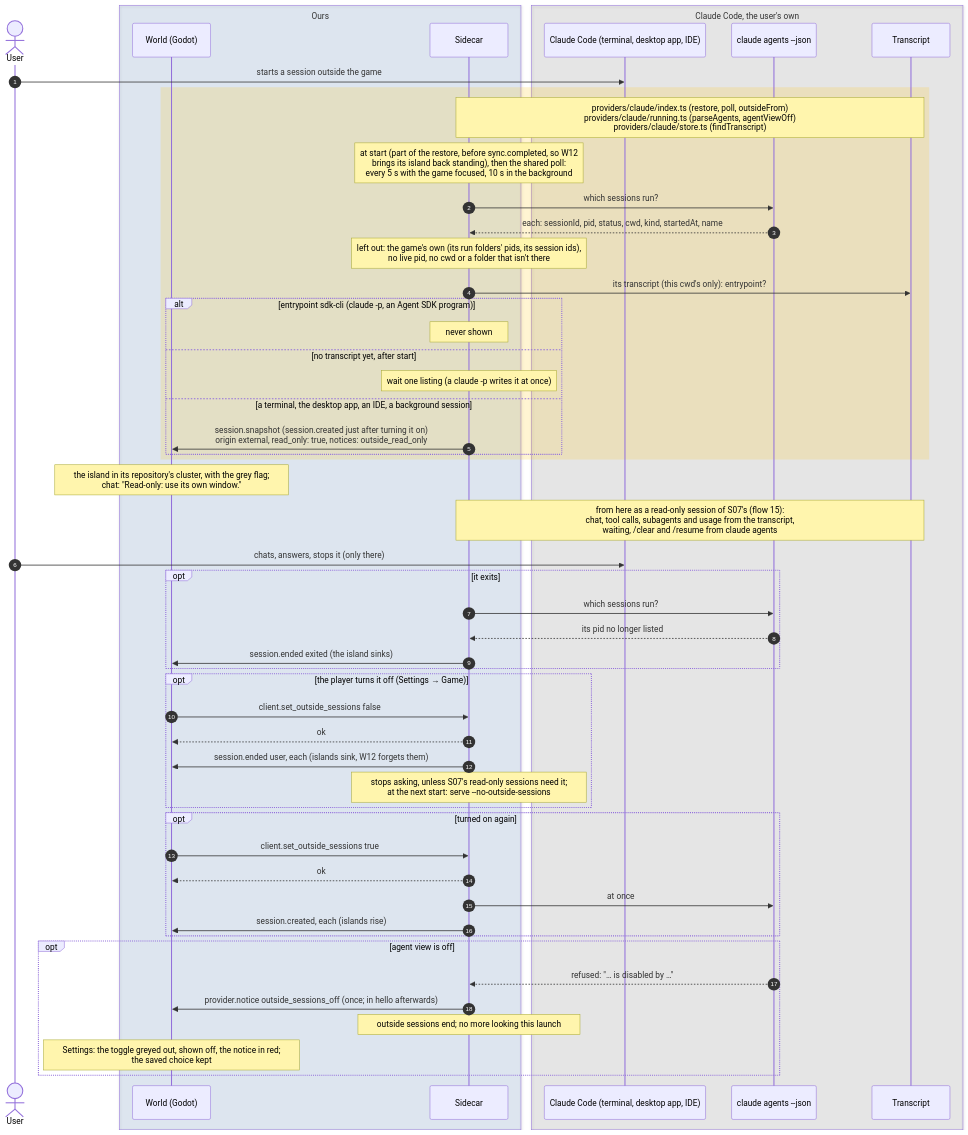
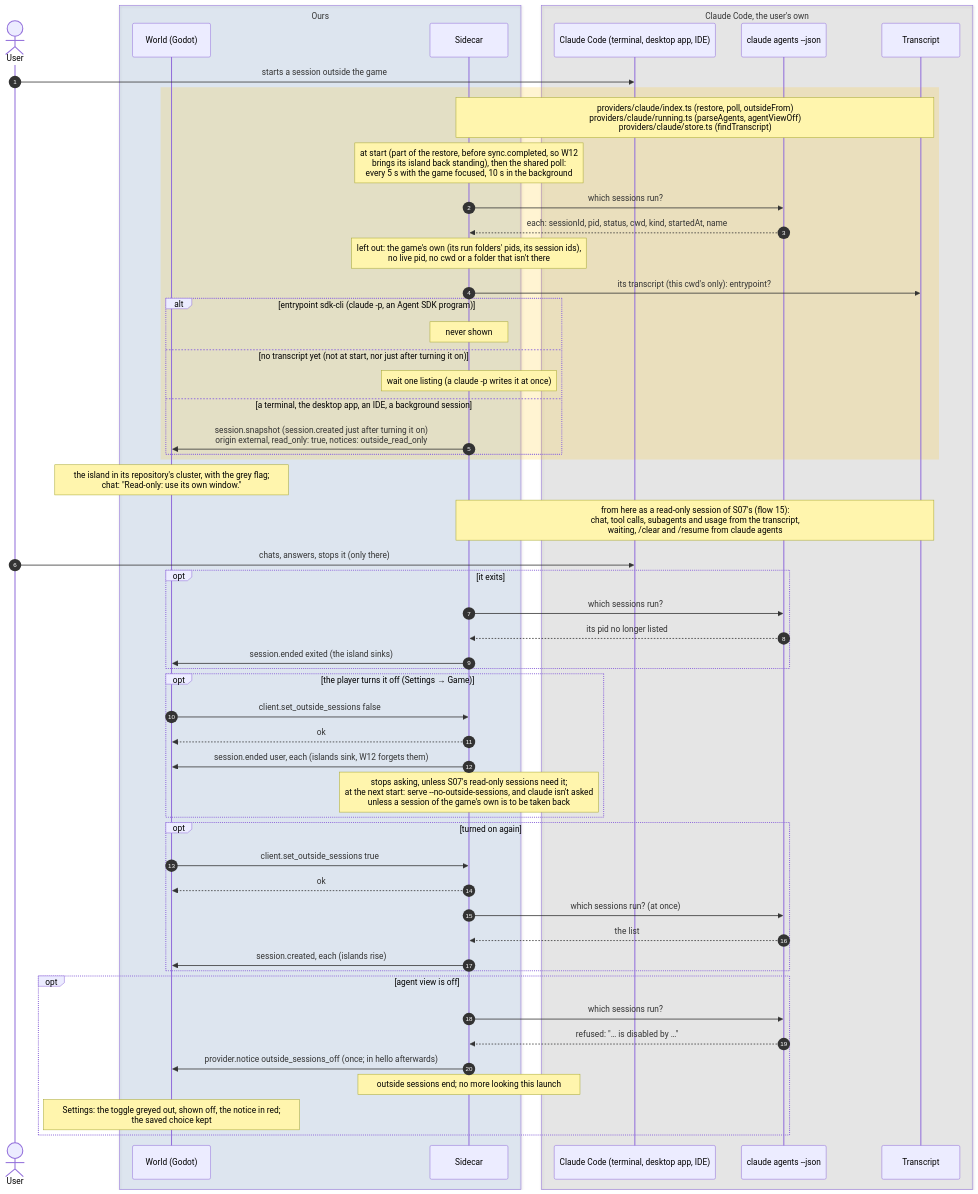
The diagram in docs/diagrams/sequence/16-outside-sessions.md (PaoloPortugal/The-Beach), drawn with Mermaid before and after one commit. The commit also changed 3 other files, not shown here.

Commit message:
Docs: S08 review fixes (claude not asked when off, quit warning, islands.json kept paths; S07 watch item, W10, W12, hello pointer, running.ts, flow 16 replies; dev log reviews)

````diff
--- a/docs/diagrams/sequence/16-outside-sessions.md
+++ b/docs/diagrams/sequence/16-outside-sessions.md
@@ -7,59 +7,61 @@
 ```mermaid
 sequenceDiagram
     autonumber
     actor User
 
     box rgba(47,111,191,0.12) Ours
         participant World as World (Godot)
         participant Sidecar
     end
 
     box rgba(128,128,128,0.14) Claude Code, the user's own
         participant Claude as Claude Code (terminal, desktop app, IDE)
         participant Agents as claude agents --json
         participant Log as Transcript
     end
 
     User->>Claude: starts a session outside the game
     rect rgba(255,193,7,0.18)
         Note over Sidecar,Log: providers/claude/index.ts (restore, poll, outsideFrom)<br/>providers/claude/running.ts (parseAgents, agentViewOff)<br/>providers/claude/store.ts (findTranscript)
         Note over Sidecar: at start (part of the restore, before sync.completed, so W12<br/>brings its island back standing), then the shared poll:<br/>every 5 s with the game focused, 10 s in the background
         Sidecar->>Agents: which sessions run?
         Agents-->>Sidecar: each: sessionId, pid, status, cwd, kind, startedAt, name
         Note over Sidecar: left out: the game's own (its run folders' pids, its session ids),<br/>no live pid, no cwd or a folder that isn't there
         Sidecar->>Log: its transcript (this cwd's only): entrypoint?
         alt entrypoint sdk-cli (claude -p, an Agent SDK program)
             Note over Sidecar: never shown
-        else no transcript yet, after start
+        else no transcript yet (not at start, nor just after turning it on)
             Note over Sidecar: wait one listing (a claude -p writes it at once)
         else a terminal, the desktop app, an IDE, a background session
             Sidecar->>World: session.snapshot (session.created just after turning it on)<br/>origin external, read_only: true, notices: outside_read_only
         end
     end
     Note over World: the island in its repository's cluster, with the grey flag#59;<br/>chat: "Read-only: use its own window."
     Note over Sidecar,Log: from here as a read-only session of S07's (flow 15):<br/>chat, tool calls, subagents and usage from the transcript,<br/>waiting, /clear and /resume from claude agents
     User->>Claude: chats, answers, stops it (only there)
     opt it exits
         Sidecar->>Agents: which sessions run?
         Agents-->>Sidecar: its pid no longer listed
         Sidecar->>World: session.ended exited (the island sinks)
     end
     opt the player turns it off (Settings → Game)
         World->>Sidecar: client.set_outside_sessions false
         Sidecar-->>World: ok
         Sidecar->>World: session.ended user, each (islands sink, W12 forgets them)
-        Note over Sidecar: stops asking, unless S07's read-only sessions need it#59;<br/>at the next start: serve --no-outside-sessions
+        Note over Sidecar: stops asking, unless S07's read-only sessions need it#59;<br/>at the next start: serve --no-outside-sessions, and claude isn't asked<br/>unless a session of the game's own is to be taken back
     end
     opt turned on again
         World->>Sidecar: client.set_outside_sessions true
         Sidecar-->>World: ok
-        Sidecar->>Agents: at once
+        Sidecar->>Agents: which sessions run? (at once)
+        Agents-->>Sidecar: the list
         Sidecar->>World: session.created, each (islands rise)
     end
     opt agent view is off
+        Sidecar->>Agents: which sessions run?
         Agents-->>Sidecar: refused: "… is disabled by …"
         Sidecar->>World: provider.notice outside_sessions_off (once#59; in hello afterwards)
         Note over Sidecar: outside sessions end#59; no more looking this launch
         Note over World: Settings: the toggle greyed out, shown off, the notice in red#59;<br/>the saved choice kept
     end
 ```
````
